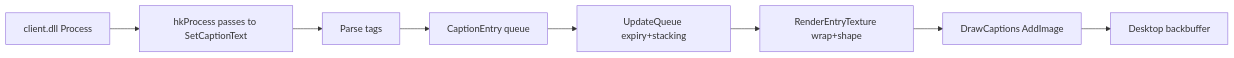
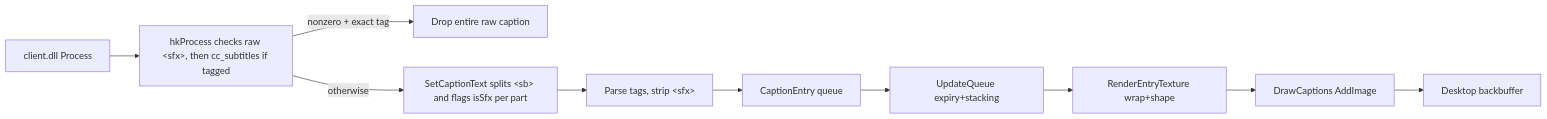
One commit to majd-tqe/Hlyx-Caption changed the diagram in docs/wiki/features.md. Above: the diagram before and after it, drawn with Mermaid. The commit also changed other lines of this file and 22 other files, not shown here.

First line of the commit message:
respect cc_subtitles for SFX and update F11 caption hint

````diff
--- a/docs/wiki/features.md
+++ b/docs/wiki/features.md
@@ -25,10 +26,12 @@
 ```mermaid
 flowchart LR
-    A[client.dll Process] --> B[hkProcess passes to SetCaptionText]
-    B --> C[Parse tags]
-    C --> D[CaptionEntry queue]
+    A[client.dll Process] --> B[hkProcess checks raw &lt;sfx&gt;, then cc_subtitles if tagged]
+    B -- "nonzero + exact tag" --> X[Drop entire raw caption]
+    B -- "otherwise" --> C[SetCaptionText splits &lt;sb&gt; and flags isSfx per part]
+    C --> P[Parse tags, strip &lt;sfx&gt;]
+    P --> D[CaptionEntry queue]
     D --> E[UpdateQueue expiry+stacking]
     E --> F[RenderEntryTexture wrap+shape]
     F --> G[DrawCaptions AddImage]
     G --> H[Desktop backbuffer]
 ```
````
